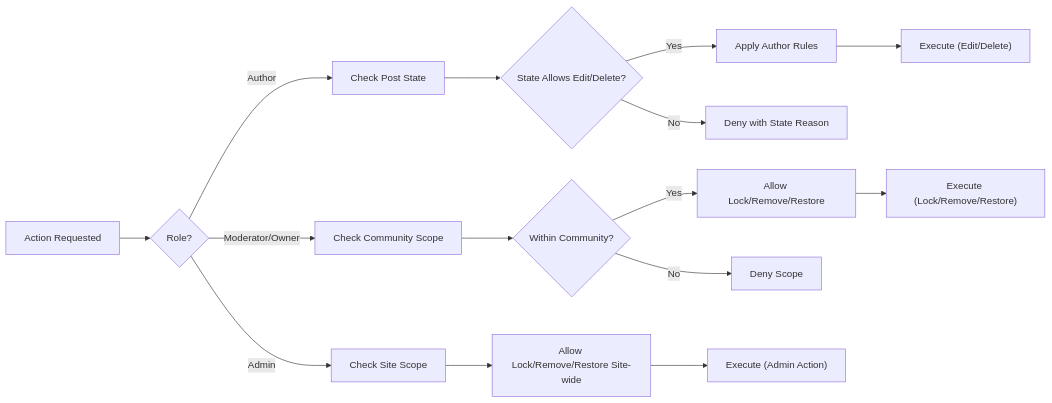
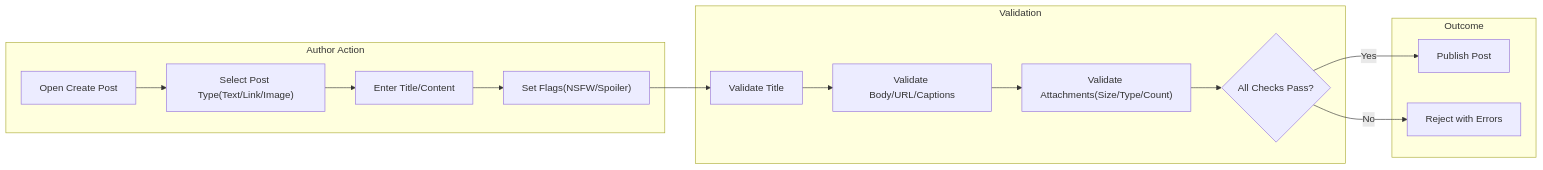
Before and after one commit to wrtnlabs/autobe-examples: the first of 2 diagrams in openai/gpt-5/reddit/docs/analysis/06-communityPlatform-posting-and-content-requirements.md, drawn with Mermaid. The commit also changed other lines of this file and 16146 other files, not shown here.

````diff
--- a/openai/gpt-5/reddit/docs/analysis/06-communityPlatform-posting-and-content-requirements.md
+++ b/openai/gpt-5/reddit/docs/analysis/06-communityPlatform-posting-and-content-requirements.md
@@ -154,17 +145,20 @@
 ```mermaid
 graph LR
-  A["Action Requested"] --> B{"Role?"}
-  B -->|"Author"| C["Check Post State"]
-  B -->|"Moderator/Owner"| D["Check Community Scope"]
-  B -->|"Admin"| E["Check Site Scope"]
-  C --> F{"State Allows Edit/Delete?"}
-  F -->|"Yes"| G["Apply Author Rules"]
-  F -->|"No"| H["Deny with State Reason"]
-  D --> I{"Within Community?"}
-  I -->|"Yes"| J["Allow Lock/Remove/Restore"]
-  I -->|"No"| K["Deny Scope"]
-  E --> L["Allow Lock/Remove/Restore Site-wide"]
-  G --> M["Execute (Edit/Delete)"]
-  J --> N["Execute (Lock/Remove/Restore)"]
-  L --> O["Execute (Admin Action)"]
+  subgraph "Author Action"
+    A1["Open Create Post"] --> A2["Select Post Type(Text/Link/Image)"]
+    A2 --> A3["Enter Title/Content"]
+    A3 --> A4["Set Flags(NSFW/Spoiler)"]
+  end
+  subgraph "Validation"
+    V1["Validate Title"] --> V2["Validate Body/URL/Captions"]
+    V2 --> V3["Validate Attachments(Size/Type/Count)"]
+    V3 --> V4{"All Checks Pass?"}
+  end
+  subgraph "Outcome"
+    O1["Publish Post"]
+    O2["Reject with Errors"]
+  end
+  A4 --> V1
+  V4 -->|"Yes"| O1
+  V4 -->|"No"| O2
 ```
````
